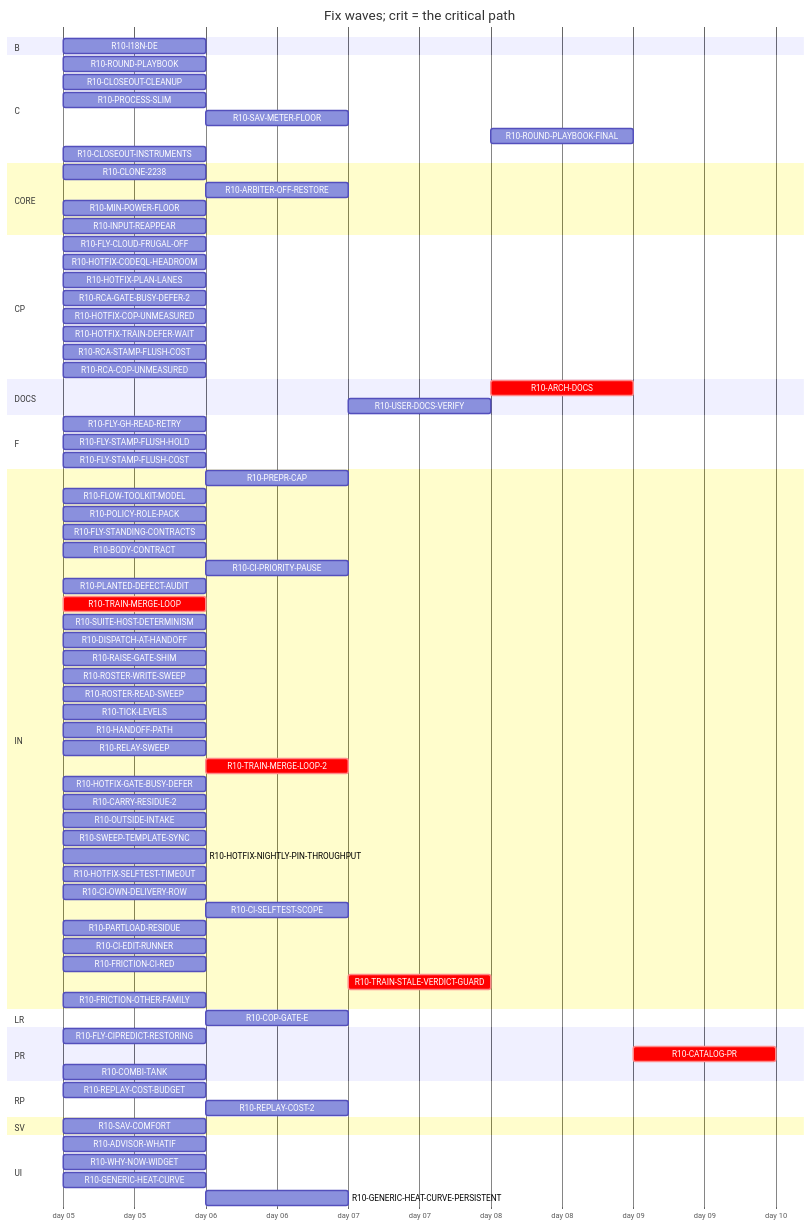
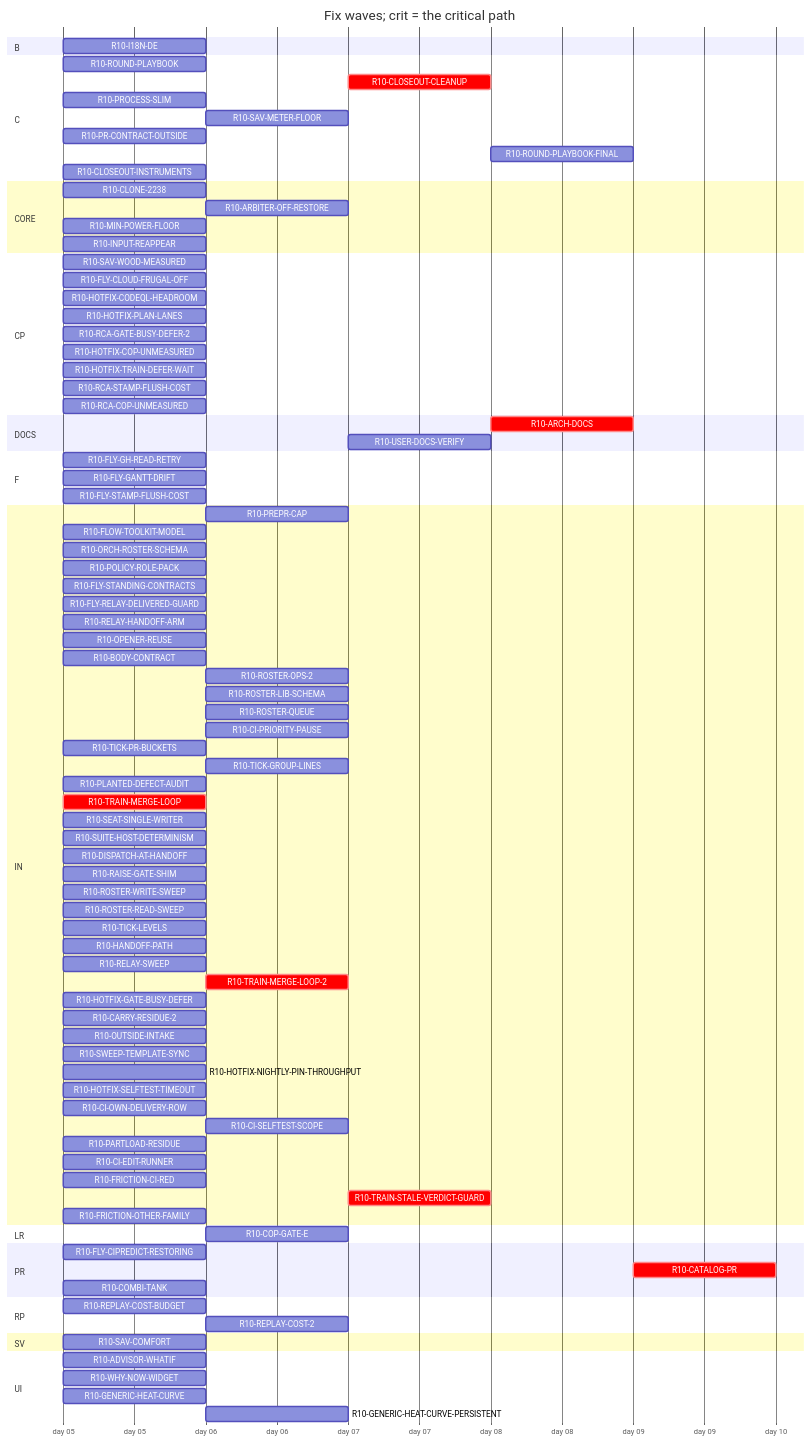
The diagram in handoff/round10/state/PLAN-TABLE.md (tvofi/heatpump_optimizer), drawn with Mermaid before and after one commit. The commit also changed other lines of this file and 3 other files, not shown here.

Commit message:
state: FLOW-BOARD.md, NEXT-SESSION-PROMPT.md, PLAN-TABLE.md, RESUME-CURRENT.md regenerated (state_docs.py)

```diff
--- a/handoff/round10/state/PLAN-TABLE.md
+++ b/handoff/round10/state/PLAN-TABLE.md
@@ -31,10 +31,11 @@
     R10-I18N-DE :r10I18NDE, 2026-01-05, 1d
   section C
     R10-ROUND-PLAYBOOK :r10ROUNDPLAYBOOK, 2026-01-05, 1d
-    R10-CLOSEOUT-CLEANUP :r10CLOSEOUTCLEANUP, 2026-01-05, 1d
+    R10-CLOSEOUT-CLEANUP :crit, r10CLOSEOUTCLEANUP, after r10ARCHDOCS r10USERDOCSVERIFY r10ROUNDPLAYBOOKFINAL r10CLOSEOUTINSTRUMENTS r10RCAGATEBUSYDEFER2 r10RCASTAMPFLUSHCOST r10RCACOPUNMEASURED r10FRICTIONCIRED r10FRICTIONOTHERFAMILY, 1d
     R10-PROCESS-SLIM :r10PROCESSSLIM, 2026-01-05, 1d
     R10-SAV-METER-FLOOR :r10SAVMETERFLOOR, after r10SAVCOMFORT, 1d
-    R10-ROUND-PLAYBOOK-FINAL :r10ROUNDPLAYBOOKFINAL, after r10PREPRCAP r10HANDOFFPATH r10RELAYSWEEP r10TRAINMERGELOOP r10DISPATCHATHANDOFF r10BODYCONTRACT r10TICKLEVELS r10CIPRIORITYPAUSE r10ROSTERWRITESWEEP r10ROSTERREADSWEEP r10FLYSTANDINGCONTRACTS r10POLICYROLEPACK r10FLOWTOOLKITMODEL r10FLYCIPREDICTRESTORING r10RAISEGATESHIM r10PLANTEDDEFECTAUDIT r10FLYGHREADRETRY r10SUITEHOSTDETERMINISM r10ROUNDPLAYBOOK r10PROCESSSLIM r10TRAINMERGELOOP2 r10HOTFIXGATEBUSYDEFER r10CARRYRESIDUE2 r10REPLAYCOST2 r10HOTFIXCODEQLHEADROOM r10OUTSIDEINTAKE r10HOTFIXPLANLANES r10SWEEPTEMPLATESYNC r10HOTFIXNIGHTLYPINTHROUGHPUT r10HOTFIXSELFTESTTIMEOUT r10FLYSTAMPFLUSHHOLD r10FLYSTAMPFLUSHCOST r10HOTFIXTRAINDEFERWAIT r10CIOWNDELIVERYROW r10CISELFTESTSCOPE r10CIEDITRUNNER r10TRAINSTALEVERDICTGUARD, 1d
+    R10-PR-CONTRACT-OUTSIDE :r10PRCONTRACTOUTSIDE, 2026-01-05, 1d
+    R10-ROUND-PLAYBOOK-FINAL :r10ROUNDPLAYBOOKFINAL, after r10PREPRCAP r10HANDOFFPATH r10RELAYSWEEP r10TRAINMERGELOOP r10DISPATCHATHANDOFF r10BODYCONTRACT r10TICKLEVELS r10CIPRIORITYPAUSE r10ROSTERWRITESWEEP r10ROSTERREADSWEEP r10FLYSTANDINGCONTRACTS r10POLICYROLEPACK r10FLOWTOOLKITMODEL r10FLYCIPREDICTRESTORING r10RAISEGATESHIM r10PLANTEDDEFECTAUDIT r10FLYGHREADRETRY r10SUITEHOSTDETERMINISM r10ROUNDPLAYBOOK r10PROCESSSLIM r10TRAINMERGELOOP2 r10HOTFIXGATEBUSYDEFER r10CARRYRESIDUE2 r10REPLAYCOST2 r10HOTFIXCODEQLHEADROOM r10OUTSIDEINTAKE r10HOTFIXPLANLANES r10SWEEPTEMPLATESYNC r10HOTFIXNIGHTLYPINTHROUGHPUT r10HOTFIXSELFTESTTIMEOUT r10FLYSTAMPFLUSHCOST r10HOTFIXTRAINDEFERWAIT r10CIOWNDELIVERYROW r10CISELFTESTSCOPE r10CIEDITRUNNER r10TRAINSTALEVERDICTGUARD r10CLOSEOUTINSTRUMENTS r10FRICTIONCIRED r10FRICTIONOTHERFAMILY, 1d
     R10-CLOSEOUT-INSTRUMENTS :r10CLOSEOUTINSTRUMENTS, 2026-01-05, 1d
   section CORE
     R10-CLONE-2238 :r10CLONE2238, 2026-01-05, 1d
@@ -42,6 +43,7 @@
     R10-MIN-POWER-FLOOR :r10MINPOWERFLOOR, 2026-01-05, 1d
     R10-INPUT-REAPPEAR :r10INPUTREAPPEAR, 2026-01-05, 1d
   section CP
+    R10-SAV-WOOD-MEASURED :r10SAVWOODMEASURED, 2026-01-05, 1d
     R10-FLY-CLOUD-FRUGAL-OFF :r10FLYCLOUDFRUGALOFF, 2026-01-05, 1d
     R10-HOTFIX-CODEQL-HEADROOM :r10HOTFIXCODEQLHEADROOM, 2026-01-05, 1d
     R10-HOTFIX-PLAN-LANES :r10HOTFIXPLANLANES, 2026-01-05, 1d
@@ -51,21 +53,31 @@
     R10-RCA-STAMP-FLUSH-COST :r10RCASTAMPFLUSHCOST, 2026-01-05, 1d
     R10-RCA-COP-UNMEASURED :r10RCACOPUNMEASURED, 2026-01-05, 1d
   section DOCS
-    R10-ARCH-DOCS :crit, r10ARCHDOCS, after r10CLONE2238 r10SAVCOMFORT r10WHYNOWWIDGET r10ADVISORWHATIF r10REPLAYCOSTBUDGET r10PREPRCAP r10HANDOFFPATH r10RELAYSWEEP r10TRAINMERGELOOP r10DISPATCHATHANDOFF r10BODYCONTRACT r10TICKLEVELS r10CIPRIORITYPAUSE r10ROSTERWRITESWEEP r10ROSTERREADSWEEP r10FLYSTANDINGCONTRACTS r10POLICYROLEPACK r10FLOWTOOLKITMODEL r10FLYCIPREDICTRESTORING r10RAISEGATESHIM r10PLANTEDDEFECTAUDIT r10FLYGHREADRETRY r10SUITEHOSTDETERMINISM r10PROCESSSLIM r10SAVMETERFLOOR r10HOTFIXCOPUNMEASURED r10COPGATEE r10PARTLOADRESIDUE r10I18NDE r10GENERICHEATCURVE r10GENERICHEATCURVEPERSISTENT r10ARBITEROFFRESTORE r10TRAINMERGELOOP2 r10HOTFIXGATEBUSYDEFER r10CARRYRESIDUE2 r10REPLAYCOST2 r10HOTFIXCODEQLHEADROOM r10OUTSIDEINTAKE r10HOTFIXPLANLANES r10SWEEPTEMPLATESYNC r10HOTFIXNIGHTLYPINTHROUGHPUT r10HOTFIXSELFTESTTIMEOUT r10FLYSTAMPFLUSHHOLD r10FLYSTAMPFLUSHCOST r10HOTFIXTRAINDEFERWAIT r10CIOWNDELIVERYROW r10CISELFTESTSCOPE r10CIEDITRUNNER r10TRAINSTALEVERDICTGUARD r10COMBITANK, 1d
-    R10-USER-DOCS-VERIFY :r10USERDOCSVERIFY, after r10CLONE2238 r10SAVCOMFORT r10WHYNOWWIDGET r10ADVISORWHATIF r10SAVMETERFLOOR r10HOTFIXCOPUNMEASURED r10COPGATEE r10PARTLOADRESIDUE r10I18NDE r10GENERICHEATCURVE r10GENERICHEATCURVEPERSISTENT r10ARBITEROFFRESTORE r10COMBITANK, 1d
+    R10-ARCH-DOCS :crit, r10ARCHDOCS, after r10CLONE2238 r10SAVCOMFORT r10WHYNOWWIDGET r10ADVISORWHATIF r10REPLAYCOSTBUDGET r10PREPRCAP r10HANDOFFPATH r10RELAYSWEEP r10TRAINMERGELOOP r10DISPATCHATHANDOFF r10BODYCONTRACT r10TICKLEVELS r10CIPRIORITYPAUSE r10ROSTERWRITESWEEP r10ROSTERREADSWEEP r10FLYSTANDINGCONTRACTS r10POLICYROLEPACK r10FLOWTOOLKITMODEL r10FLYCIPREDICTRESTORING r10RAISEGATESHIM r10PLANTEDDEFECTAUDIT r10FLYGHREADRETRY r10SUITEHOSTDETERMINISM r10PROCESSSLIM r10SAVMETERFLOOR r10HOTFIXCOPUNMEASURED r10COPGATEE r10PARTLOADRESIDUE r10I18NDE r10GENERICHEATCURVE r10GENERICHEATCURVEPERSISTENT r10ARBITEROFFRESTORE r10TRAINMERGELOOP2 r10HOTFIXGATEBUSYDEFER r10CARRYRESIDUE2 r10REPLAYCOST2 r10HOTFIXCODEQLHEADROOM r10OUTSIDEINTAKE r10HOTFIXPLANLANES r10SWEEPTEMPLATESYNC r10HOTFIXNIGHTLYPINTHROUGHPUT r10HOTFIXSELFTESTTIMEOUT r10FLYSTAMPFLUSHCOST r10HOTFIXTRAINDEFERWAIT r10CIOWNDELIVERYROW r10CISELFTESTSCOPE r10CIEDITRUNNER r10TRAINSTALEVERDICTGUARD r10COMBITANK r10CLOSEOUTINSTRUMENTS r10MINPOWERFLOOR r10ROUNDPLAYBOOK r10RCAGATEBUSYDEFER2 r10FRICTIONCIRED r10FRICTIONOTHERFAMILY r10RCASTAMPFLUSHCOST r10RCACOPUNMEASURED r10INPUTREAPPEAR, 1d
+    R10-USER-DOCS-VERIFY :r10USERDOCSVERIFY, after r10CLONE2238 r10SAVCOMFORT r10WHYNOWWIDGET r10ADVISORWHATIF r10SAVMETERFLOOR r10HOTFIXCOPUNMEASURED r10COPGATEE r10PARTLOADRESIDUE r10I18NDE r10GENERICHEATCURVE r10GENERICHEATCURVEPERSISTENT r10ARBITEROFFRESTORE r10COMBITANK r10MINPOWERFLOOR r10INPUTREAPPEAR, 1d
   section F
     R10-FLY-GH-READ-RETRY :r10FLYGHREADRETRY, 2026-01-05, 1d
-    R10-FLY-STAMP-FLUSH-HOLD :r10FLYSTAMPFLUSHHOLD, 2026-01-05, 1d
+    R10-FLY-GANTT-DRIFT :r10FLYGANTTDRIFT, 2026-01-05, 1d
     R10-FLY-STAMP-FLUSH-COST :r10FLYSTAMPFLUSHCOST, 2026-01-05, 1d
   section IN
     R10-PREPR-CAP :r10PREPRCAP, after r10PROCESSSLIM, 1d
     R10-FLOW-TOOLKIT-MODEL :r10FLOWTOOLKITMODEL, 2026-01-05, 1d
+    R10-ORCH-ROSTER-SCHEMA :r10ORCHROSTERSCHEMA, 2026-01-05, 1d
     R10-POLICY-ROLE-PACK :r10POLICYROLEPACK, 2026-01-05, 1d
     R10-FLY-STANDING-CONTRACTS :r10FLYSTANDINGCONTRACTS, 2026-01-05, 1d
+    R10-FLY-RELAY-DELIVERED-GUARD :r10FLYRELAYDELIVEREDGUARD, 2026-01-05, 1d
+    R10-RELAY-HANDOFF-ARM :r10RELAYHANDOFFARM, 2026-01-05, 1d
+    R10-OPENER-REUSE :r10OPENERREUSE, 2026-01-05, 1d
     R10-BODY-CONTRACT :r10BODYCONTRACT, 2026-01-05, 1d
+    R10-ROSTER-OPS-2 :r10ROSTEROPS2, after r10ORCHROSTERSCHEMA, 1d
+    R10-ROSTER-LIB-SCHEMA :r10ROSTERLIBSCHEMA, after r10ORCHROSTERSCHEMA, 1d
+    R10-ROSTER-QUEUE :r10ROSTERQUEUE, after r10ORCHROSTERSCHEMA, 1d
     R10-CI-PRIORITY-PAUSE :r10CIPRIORITYPAUSE, after r10TICKLEVELS, 1d
+    R10-TICK-PR-BUCKETS :r10TICKPRBUCKETS, 2026-01-05, 1d
+    R10-TICK-GROUP-LINES :r10TICKGROUPLINES, after r10ORCHROSTERSCHEMA, 1d
     R10-PLANTED-DEFECT-AUDIT :r10PLANTEDDEFECTAUDIT, 2026-01-05, 1d
     R10-TRAIN-MERGE-LOOP :crit, r10TRAINMERGELOOP, 2026-01-05, 1d
+    R10-SEAT-SINGLE-WRITER :r10SEATSINGLEWRITER, 2026-01-05, 1d
     R10-SUITE-HOST-DETERMINISM :r10SUITEHOSTDETERMINISM, 2026-01-05, 1d
     R10-DISPATCH-AT-HANDOFF :r10DISPATCHATHANDOFF, 2026-01-05, 1d
     R10-RAISE-GATE-SHIM :r10RAISEGATESHIM, 2026-01-05, 1d
```
